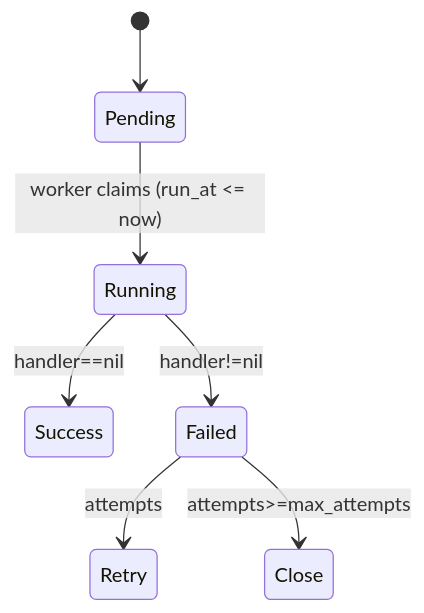
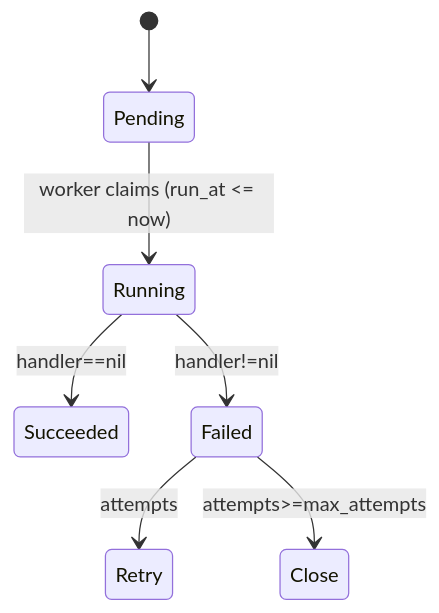
Before and after one commit to CL0UD6LOCK/kiln: the diagram in README.md, drawn with Mermaid.

````diff
--- a/README.md
+++ b/README.md
@@ -29,9 +29,9 @@
 ```mermaid
 stateDiagram-v2
     [*] --> Pending
     Pending --> Running: worker claims (run_at <= now)
-    Running --> Success: handler==nil
+    Running --> Succeeded: handler==nil
     Running --> Failed: handler!=nil
     Failed --> Retry: attempts<max_attempts
     Failed --> Close: attempts>=max_attempts
 ```
````
